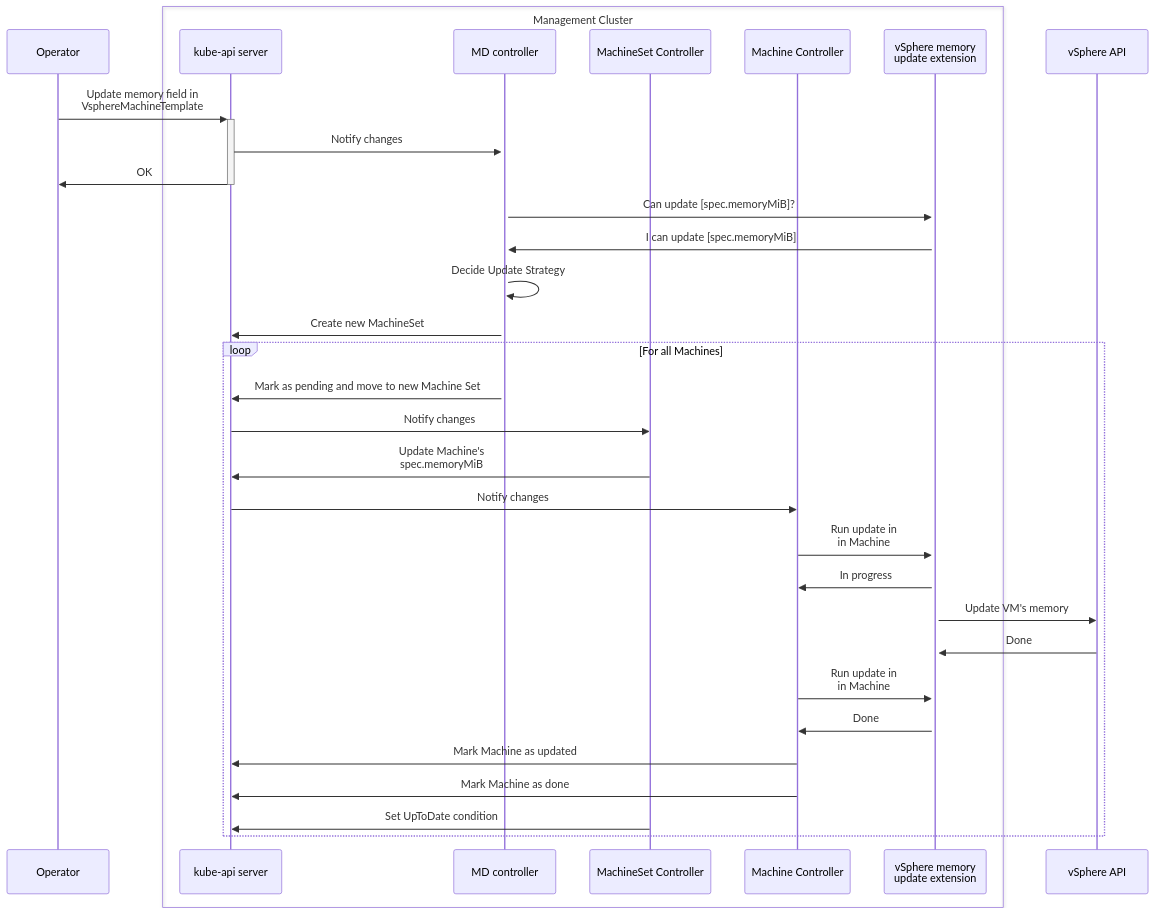
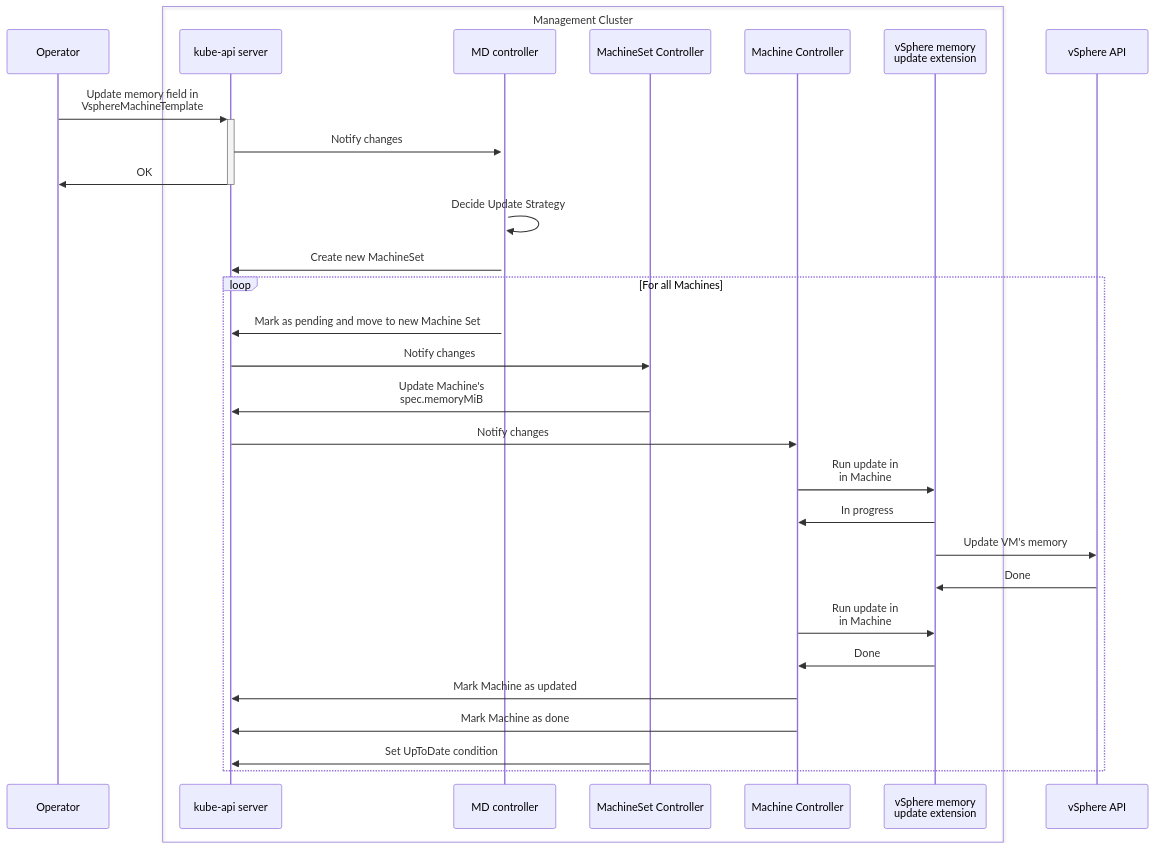
The seventh of 9 diagrams in docs/proposals/20240807-in-place-updates.md (g-gaston/cluster-api), drawn with Mermaid before and after one commit. The commit also changed other lines of this file, not shown here.

Commit message:
Simplify acceptedChanges and planning flow

````diff
--- a/docs/proposals/20240807-in-place-updates.md
+++ b/docs/proposals/20240807-in-place-updates.md
@@ -644,38 +607,36 @@
 ```mermaid
 sequenceDiagram
     participant Operator
 
     box Management Cluster
         participant apiserver as kube-api server
         participant capi as  MD controller
         participant msc as MachineSet Controller
         participant mach as Machine Controller
         participant hook as vSphere memory <br>update extension
     end
     
 
     participant api as vSphere API
 
     Operator->>+apiserver: Update memory field in<br> VsphereMachineTemplate
     apiserver->>+capi: Notify changes
     apiserver->>-Operator: OK
-    capi->>+hook: Can update [spec.memoryMiB]?
-        hook->>capi: I can update [spec.memoryMiB]
     capi->>capi: Decide Update Strategy
     capi->>apiserver: Create new MachineSet
     loop For all Machines
         capi->>apiserver: Mark as pending and move to new Machine Set
         apiserver->>msc: Notify changes
         msc->>apiserver: Update Machine's<br> spec.memoryMiB
         apiserver->>mach: Notify changes
         mach->>hook: Run update in<br> in Machine
         hook->>mach: In progress
         hook->>api: Update VM's memory
         api->>hook: Done
         mach->>hook: Run update in<br> in Machine
         hook->>mach: Done
         mach->>apiserver: Mark Machine as updated
         mach->>apiserver: Mark Machine as done
         msc->>apiserver: Set UpToDate condition
     end
 ```
````
